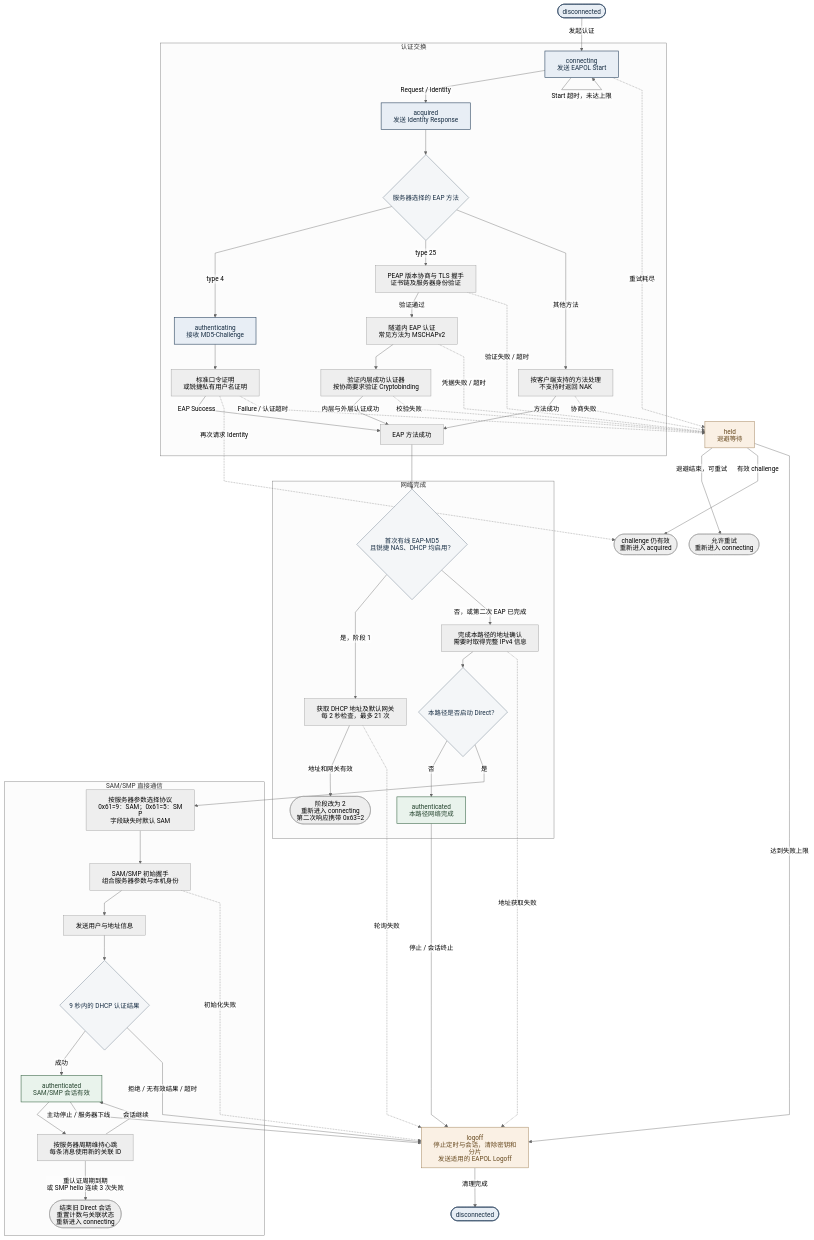
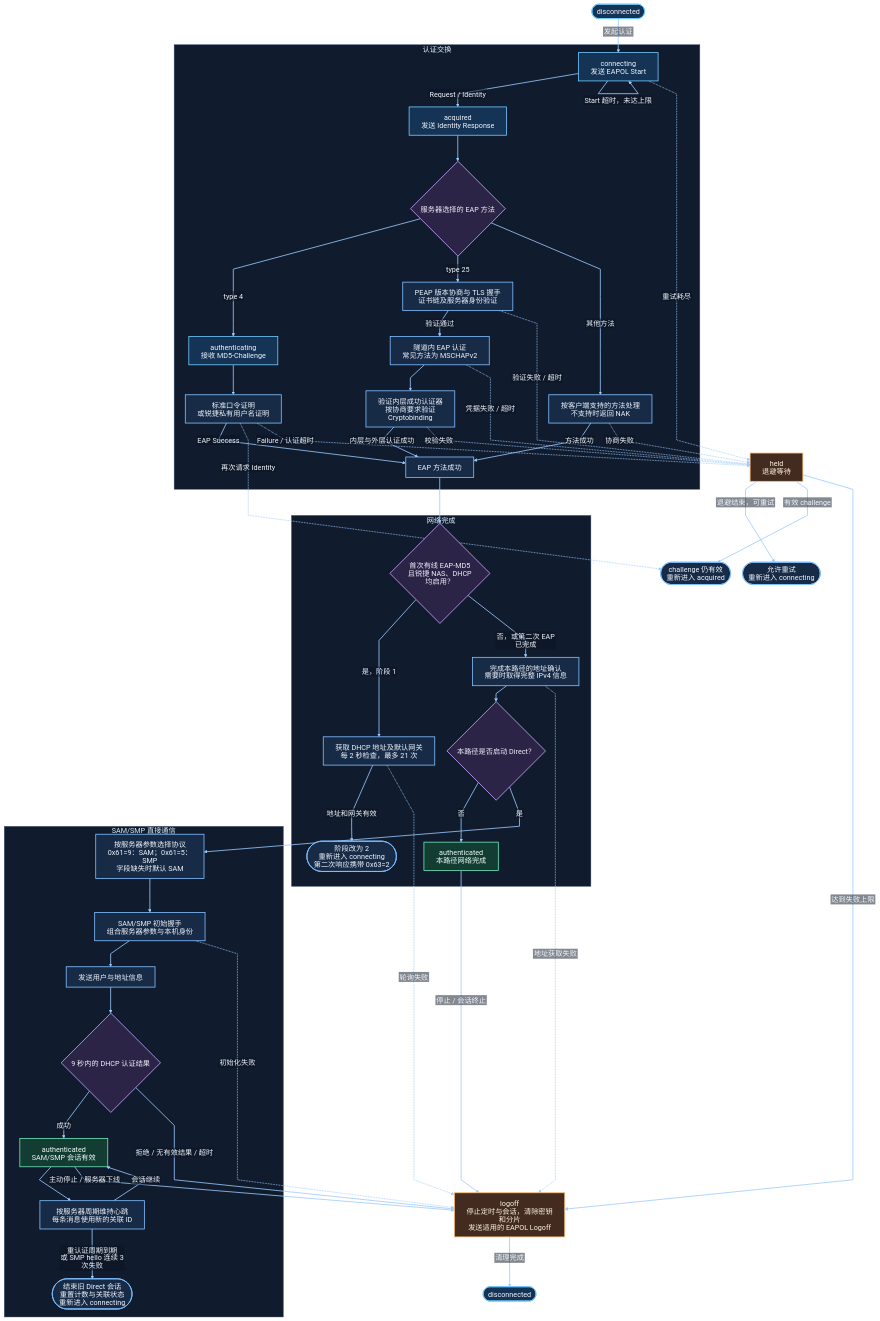
One commit to Jason-skd/rj-connect.zig changed the diagram in docs/rj-protocol/flow_chart.mmd. Above: the diagram before and after it, drawn with Mermaid. The commit also changed 3 other files, not shown here.

Commit message:
docs(protocol): improve authentication diagram contrast

```diff
--- a/docs/rj-protocol/flow_chart.mmd
+++ b/docs/rj-protocol/flow_chart.mmd
@@ -1,116 +1,133 @@
 ---
 config:
-  theme: neutral
+  theme: base
   htmlLabels: false
   deterministicIds: true
   deterministicIDSeed: rj-client-authentication
   themeVariables:
+    darkMode: true
+    background: '#0b1220'
     fontFamily: 'PingFang SC, Noto Sans CJK SC, sans-serif'
-    fontSize: 16px
+    fontSize: 18px
+    primaryColor: '#172b46'
+    primaryTextColor: '#f1f6ff'
+    primaryBorderColor: '#80bfff'
+    secondaryColor: '#242340'
+    tertiaryColor: '#101c2e'
+    lineColor: '#9ecbff'
+    textColor: '#f1f6ff'
+    nodeTextColor: '#f1f6ff'
+    clusterBkg: '#101c2e'
+    clusterBorder: '#526887'
+    titleColor: '#e0f2fe'
+    edgeLabelBackground: '#0b1220'
+    defaultLinkColor: '#9ecbff'
   flowchart:
     htmlLabels: false
     curve: linear
     nodeSpacing: 30
     rankSpacing: 40
     wrappingWidth: 220
 ---
 flowchart TB
     accTitle: 锐捷客户端认证状态机
     accDescr: 按报告中的 EAP、DHCP 与 SAM/SMP 定义归纳认证、网络完成、心跳、重认证及下线。回到 connecting 或 acquired 的连接点表示重新进入同名状态；可选路径由部署决定，EAP Success 不表示 Direct 已启动。
 
     OFF([disconnected])
 
     subgraph EAP[认证交换]
         START[connecting<br/>发送 EAPOL Start]
         ID[acquired<br/>发送 Identity Response]
         METHOD{服务器选择的 EAP 方法}
         MD5[authenticating<br/>接收 MD5-Challenge]
         PROOF[标准口令证明<br/>或锐捷私有用户名证明]
         TLS[PEAP 版本协商与 TLS 握手<br/>证书链及服务器身份验证]
         INNER[隧道内 EAP 认证<br/>常见方法为 MSCHAPv2]
         BIND[验证内层成功认证器<br/>按协商要求验证 Cryptobinding]
         OTHER[按客户端支持的方法处理<br/>不支持时返回 NAK]
         SUCCESS[EAP 方法成功]
 
         START -->|Request / Identity| ID
         ID --> METHOD
         METHOD -->|type 4| MD5
         MD5 --> PROOF
         PROOF -->|EAP Success| SUCCESS
         METHOD -->|type 25| TLS
         TLS -->|验证通过| INNER
         INNER --> BIND
         BIND -->|内层与外层认证成功| SUCCESS
         METHOD -->|其他方法| OTHER
         OTHER -->|方法成功| SUCCESS
     end
 
     subgraph NETWORK[网络完成]
         SECOND{首次有线 EAP-MD5<br/>且锐捷 NAS、DHCP 均启用？}
         DHCP[获取 DHCP 地址及默认网关<br/>每 2 秒检查，最多 21 次]
         AGAIN([阶段改为 2<br/>重新进入 connecting<br/>第二次响应携带 0x63=2])
         ADDRESS[完成本路径的地址确认<br/>需要时取得完整 IPv4 信息]
         DIRECT{本路径是否启动 Direct？}
         AUTH[authenticated<br/>本路径网络完成]
 
         SECOND -->|是，阶段 1| DHCP
         DHCP -->|地址和网关有效| AGAIN
         SECOND -->|否，或第二次 EAP 已完成| ADDRESS
         ADDRESS --> DIRECT
         DIRECT -->|否| AUTH
     end
 
     subgraph SESSION[SAM/SMP 直接通信]
         MODE[按服务器参数选择协议<br/>0x61=9：SAM；0x61=5：SMP<br/>字段缺失时默认 SAM]
         HELLO[SAM/SMP 初始握手<br/>组合服务器参数与本机身份]
         INFO[发送用户与地址信息]
         RESULT{9 秒内的 DHCP 认证结果}
         ACTIVE[authenticated<br/>SAM/SMP 会话有效]
         HEART[按服务器周期维持心跳<br/>每条消息使用新的关联 ID]
         REAUTH([结束旧 Direct 会话<br/>重置计数与关联状态<br/>重新进入 connecting])
 
         MODE --> HELLO
         HELLO --> INFO
         INFO --> RESULT
         RESULT -->|成功| ACTIVE
         ACTIVE --> HEART
         HEART -->|会话继续| ACTIVE
         HEART -->|重认证周期到期<br/>或 SMP hello 连续 3 次失败| REAUTH
     end
 
     HELD[held<br/>退避等待]
     RETRY([允许重试<br/>重新进入 connecting])
     ID_AGAIN([challenge 仍有效<br/>重新进入 acquired])
     LOGOFF[logoff<br/>停止定时与会话，清除密钥和分片<br/>发送适用的 EAPOL Logoff]
     DONE([disconnected])
 
     OFF -->|发起认证| START
     SUCCESS --> SECOND
     DIRECT -->|是| MODE
     START -->|Start 超时，未达上限| START
     START -. 重试耗尽 .-> HELD
     PROOF -. 再次请求 Identity .-> ID_AGAIN
     PROOF -. Failure / 认证超时 .-> HELD
     TLS -. 验证失败 / 超时 .-> HELD
     INNER -. 凭据失败 / 超时 .-> HELD
     BIND -. 校验失败 .-> HELD
     OTHER -. 协商失败 .-> HELD
     HELD -->|退避结束，可重试| RETRY
     HELD -->|有效 challenge| ID_AGAIN
     HELD -->|达到失败上限| LOGOFF
     DHCP -. 轮询失败 .-> LOGOFF
     ADDRESS -. 地址获取失败 .-> LOGOFF
     HELLO -. 初始化失败 .-> LOGOFF
     RESULT -->|拒绝 / 无有效结果 / 超时| LOGOFF
     AUTH -->|停止 / 会话终止| LOGOFF
     ACTIVE -->|主动停止 / 服务器下线| LOGOFF
     LOGOFF -->|清理完成| DONE
 
-    classDef state fill:#e8eef5,stroke:#334b65,color:#172d43,stroke-width:1.5px
-    classDef decision fill:#f4f6f8,stroke:#617183,color:#172d43
-    classDef success fill:#e9f3ec,stroke:#466f52,color:#24432d,stroke-width:1.5px
-    classDef failure fill:#faf0e4,stroke:#927044,color:#67491f
+    classDef default fill:#172b46,stroke:#80bfff,color:#f1f6ff,stroke-width:2px
+    classDef state fill:#153354,stroke:#70c9ff,color:#f1f6ff,stroke-width:2px
+    classDef decision fill:#2c2446,stroke:#c4a7ff,color:#f5f0ff,stroke-width:2px
+    classDef success fill:#133c32,stroke:#6ee7b7,color:#ecfff6,stroke-width:2px
+    classDef failure fill:#432b20,stroke:#fbbf75,color:#fff4e5,stroke-width:2px
+    linkStyle default stroke:#9ecbff,stroke-width:2px
     class OFF,START,ID,MD5,DONE state
     class METHOD,SECOND,DIRECT,RESULT decision
     class AUTH,ACTIVE success
     class HELD,LOGOFF failure
```
